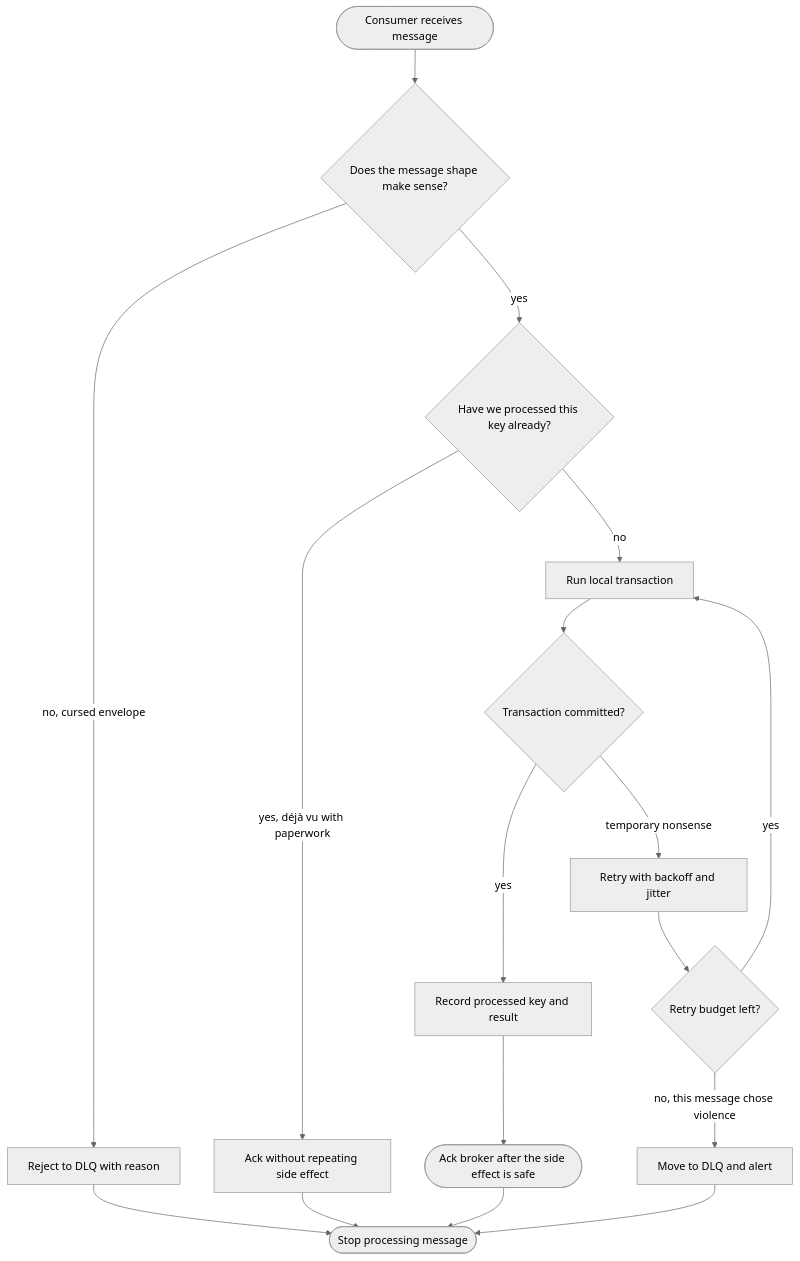
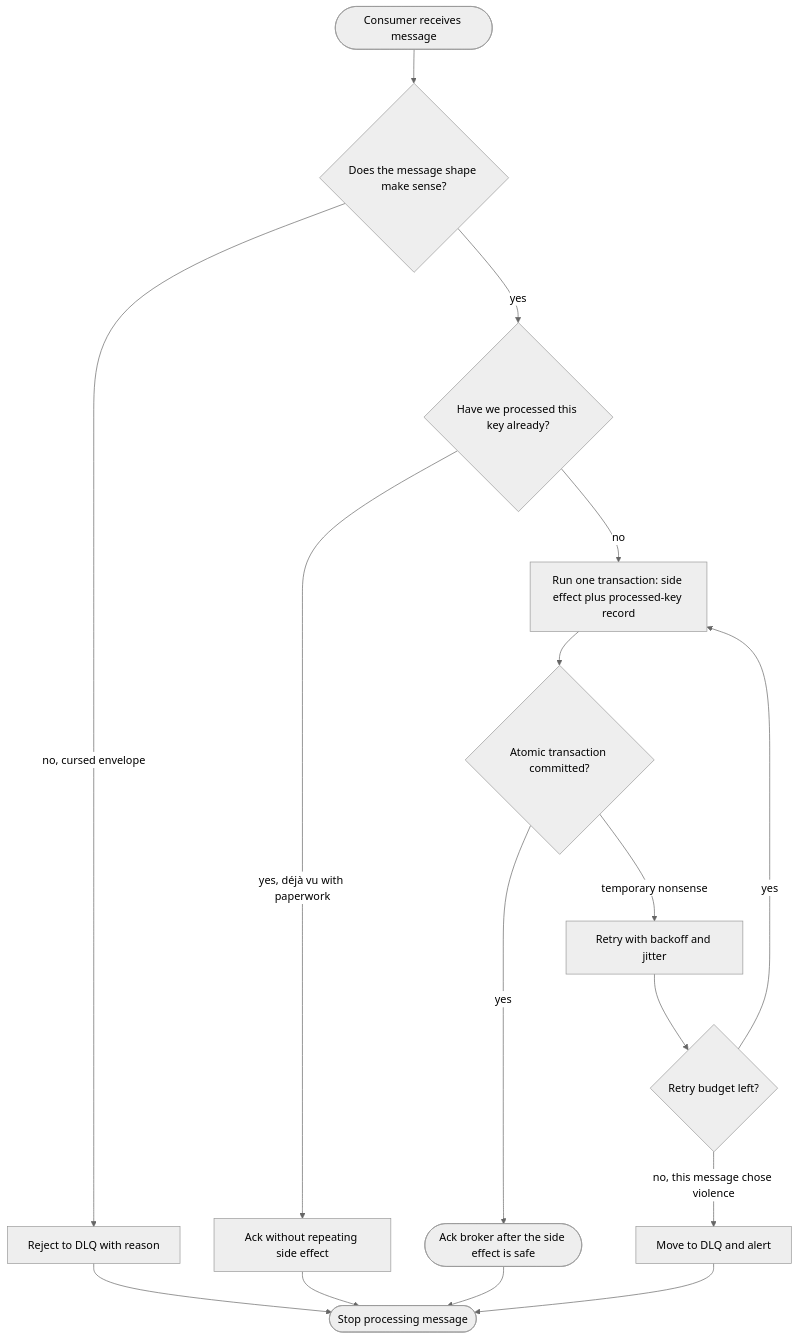
The third of 9 diagrams in src/ch07-messaging-events.md (P0W/System-Design), drawn with Mermaid (neutral theme) before and after one commit. The commit also changed 3 other files, not shown here.

````diff
--- a/src/ch07-messaging-events.md
+++ b/src/ch07-messaging-events.md
@@ -76,19 +76,18 @@
 ```mermaid
 flowchart TD
   Poll([Consumer receives message]) --> Decode{Does the message shape make sense?}
   Decode -->|no, cursed envelope| Bad[Reject to DLQ with reason]
   Decode -->|yes| Dedupe{Have we processed this key already?}
   Dedupe -->|yes, déjà vu with paperwork| AckDup[Ack without repeating side effect]
-  Dedupe -->|no| Txn[Run local transaction]
-  Txn --> Success{Transaction committed?}
-  Success -->|yes| Mark[Record processed key and result]
-  Mark --> Ack([Ack broker after the side effect is safe])
+  Dedupe -->|no| Txn[Run one transaction: side effect plus processed-key record]
+  Txn --> Success{Atomic transaction committed?}
+  Success -->|yes| Ack([Ack broker after the side effect is safe])
   Success -->|temporary nonsense| Backoff[Retry with backoff and jitter]
   Backoff --> Attempts{Retry budget left?}
   Attempts -->|yes| Txn
   Attempts -->|no, this message chose violence| Poison[Move to DLQ and alert]
   Bad --> Stop([Stop processing message])
   AckDup --> Stop
   Ack --> Stop
   Poison --> Stop
 ```
````
